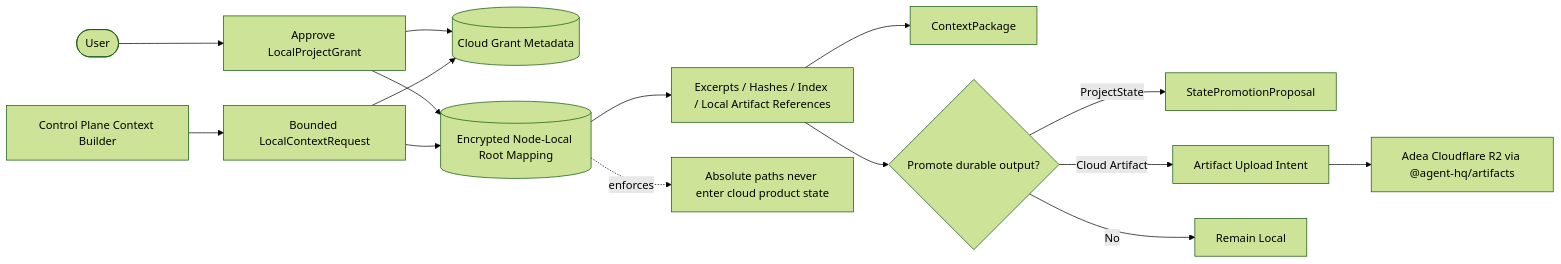
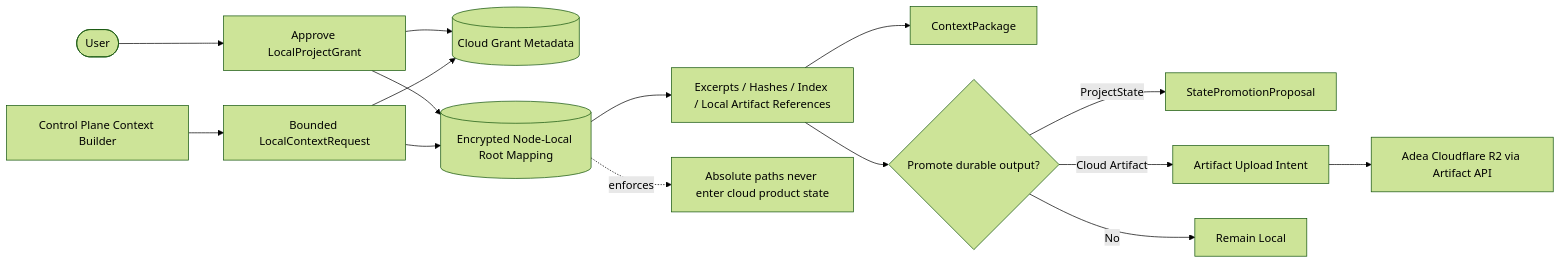
Before and after one commit to adea-ai/adea: diagram 16 of 18 in docs/architecture/diagram-sources.md, drawn with Mermaid (forest theme). The commit also changed other lines of this file and 10 other files, not shown here.

Commit message:
docs: align active architecture and implementation guidance

````diff
--- a/docs/architecture/diagram-sources.md
+++ b/docs/architecture/diagram-sources.md
@@ -554,18 +579,18 @@
 ```mermaid
 flowchart LR
     U([User]) --> G[Approve LocalProjectGrant]
     G --> CM[(Cloud Grant Metadata)]
     G --> NM[(Encrypted Node-Local Root Mapping)]
     CP[Control Plane Context Builder] --> R[Bounded LocalContextRequest]
     R --> CM
     R --> NM
     NM --> B[Excerpts / Hashes / Index / Local Artifact References]
     B --> C[ContextPackage]
     B --> D{Promote durable output?}
     D -->|ProjectState| P[StatePromotionProposal]
     D -->|Cloud Artifact| A[Artifact Upload Intent]
     D -->|No| L[Remain Local]
-    A --> V[Adea Cloudflare R2 via @agent-hq/artifacts]
+    A --> V[Adea Cloudflare R2 via Artifact API]
     Note[Absolute paths never enter cloud product state]
     NM -. enforces .-> Note
 ```
````
